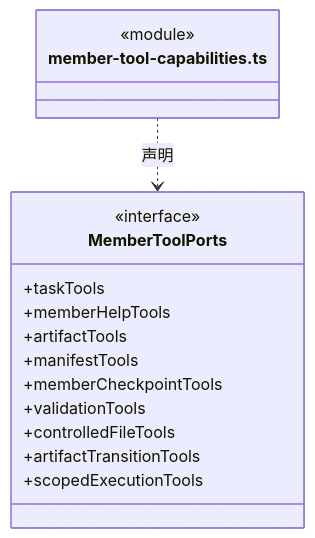
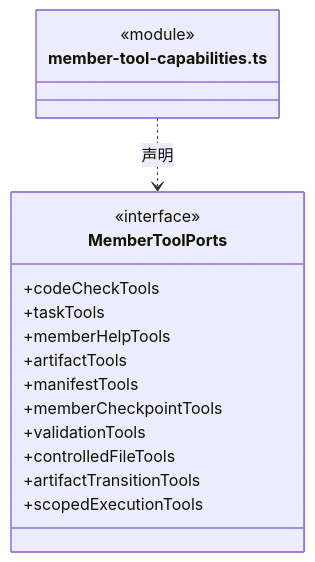
Before and after one commit to nan023062/cbim: the fourth of 18 diagrams in src/backend/core/execution/capabilities/ARCHITECTURE.md, drawn with Mermaid. The commit also changed other lines of this file and 130 other files, not shown here.

````diff
--- a/src/backend/core/execution/capabilities/ARCHITECTURE.md
+++ b/src/backend/core/execution/capabilities/ARCHITECTURE.md
@@ -94,19 +95,20 @@
 ```mermaid
 classDiagram
 class N_src_backend_core_execution_capabilities_member_tool_capabilities_ts["member-tool-capabilities.ts"] {
   <<module>>
 }
 class N_src_backend_core_execution_capabilities_member_tool_capabilities_ts_MemberToolPorts["MemberToolPorts"] {
   <<interface>>
+  +codeCheckTools
   +taskTools
   +memberHelpTools
   +artifactTools
   +manifestTools
   +memberCheckpointTools
   +validationTools
   +controlledFileTools
   +artifactTransitionTools
   +scopedExecutionTools
 }
 N_src_backend_core_execution_capabilities_member_tool_capabilities_ts ..> N_src_backend_core_execution_capabilities_member_tool_capabilities_ts_MemberToolPorts : 声明
 ```
````
